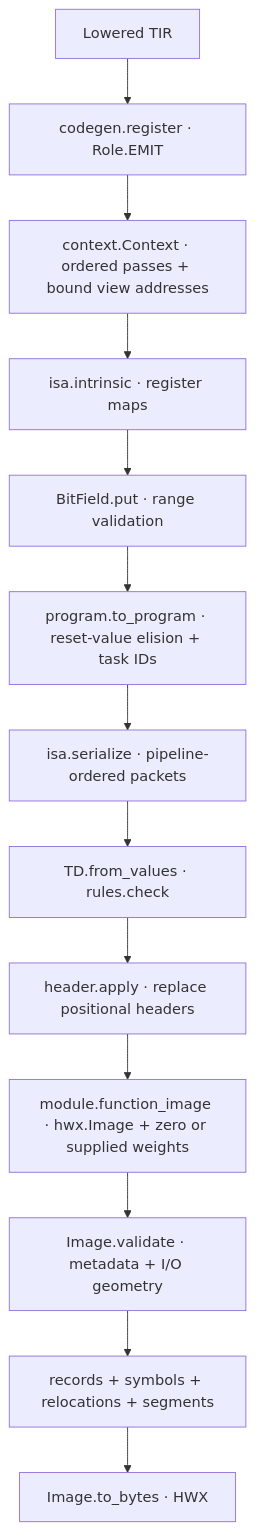
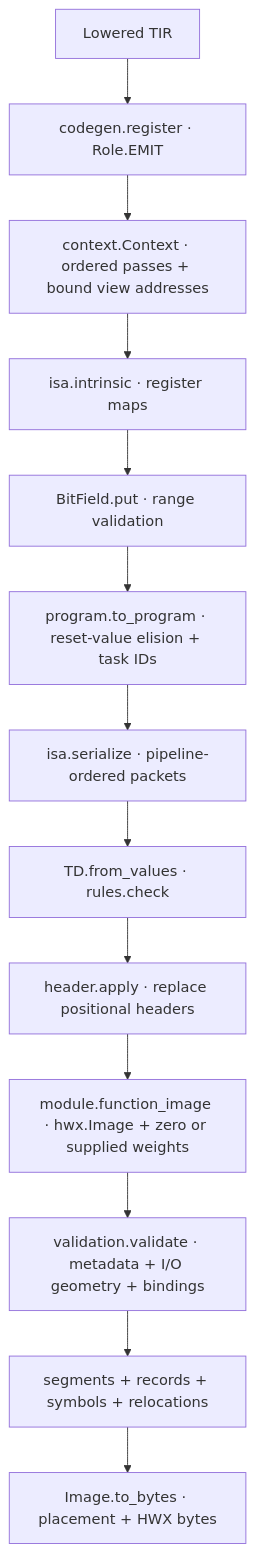
Before and after one commit to tile-ai/TileFoundry: the second of 2 diagrams in targets/apple/tilefoundry_apple/ane/docs/spec/codegen.md, drawn with Mermaid. The commit also changed other lines of this file and 10 other files, not shown here.

First line of the commit message:
refactor(apple-ane): describe each HWX structure once and place parts in one pass

````diff
--- a/targets/apple/tilefoundry_apple/ane/docs/spec/codegen.md
+++ b/targets/apple/tilefoundry_apple/ane/docs/spec/codegen.md
@@ -30,15 +30,15 @@
 ```mermaid
 flowchart TD
     TIR["Lowered TIR"] --> Emit["codegen.register · Role.EMIT"]
     Emit --> Context["context.Context · ordered passes + bound view addresses"]
     Context --> Intrinsic["isa.intrinsic · register maps"]
     Intrinsic --> Field["BitField.put · range validation"]
     Field --> Bundle["program.to_program · reset-value elision + task IDs"]
     Bundle --> Packets["isa.serialize · pipeline-ordered packets"]
     Packets --> TD["TD.from_values · rules.check"]
     TD --> Header["header.apply · replace positional headers"]
     Header --> Image["module.function_image · hwx.Image + zero or supplied weights"]
-    Image --> Validate["Image.validate · metadata + I/O geometry"]
-    Validate --> Layout["records + symbols + relocations + segments"]
-    Layout --> Bytes["Image.to_bytes · HWX"]
+    Image --> Validate["validation.validate · metadata + I/O geometry + bindings"]
+    Validate --> Parts["segments + records + symbols + relocations"]
+    Parts --> Bytes["Image.to_bytes · placement + HWX bytes"]
 ```
````
